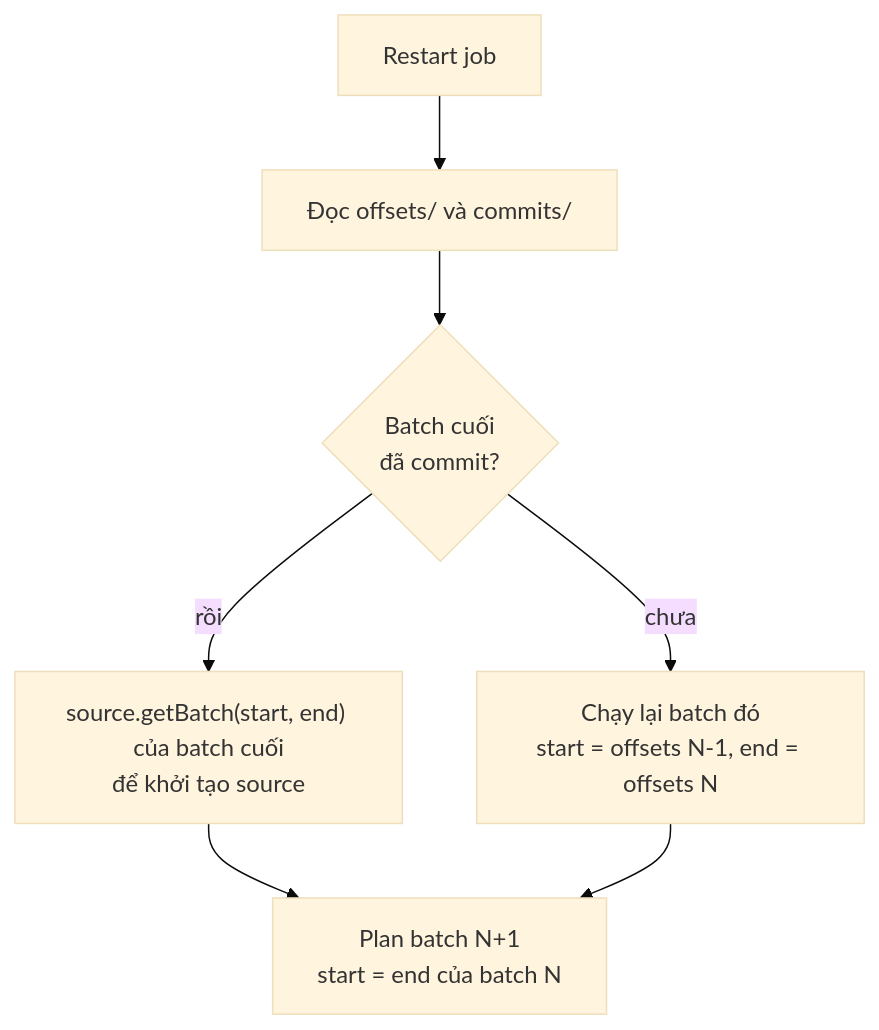
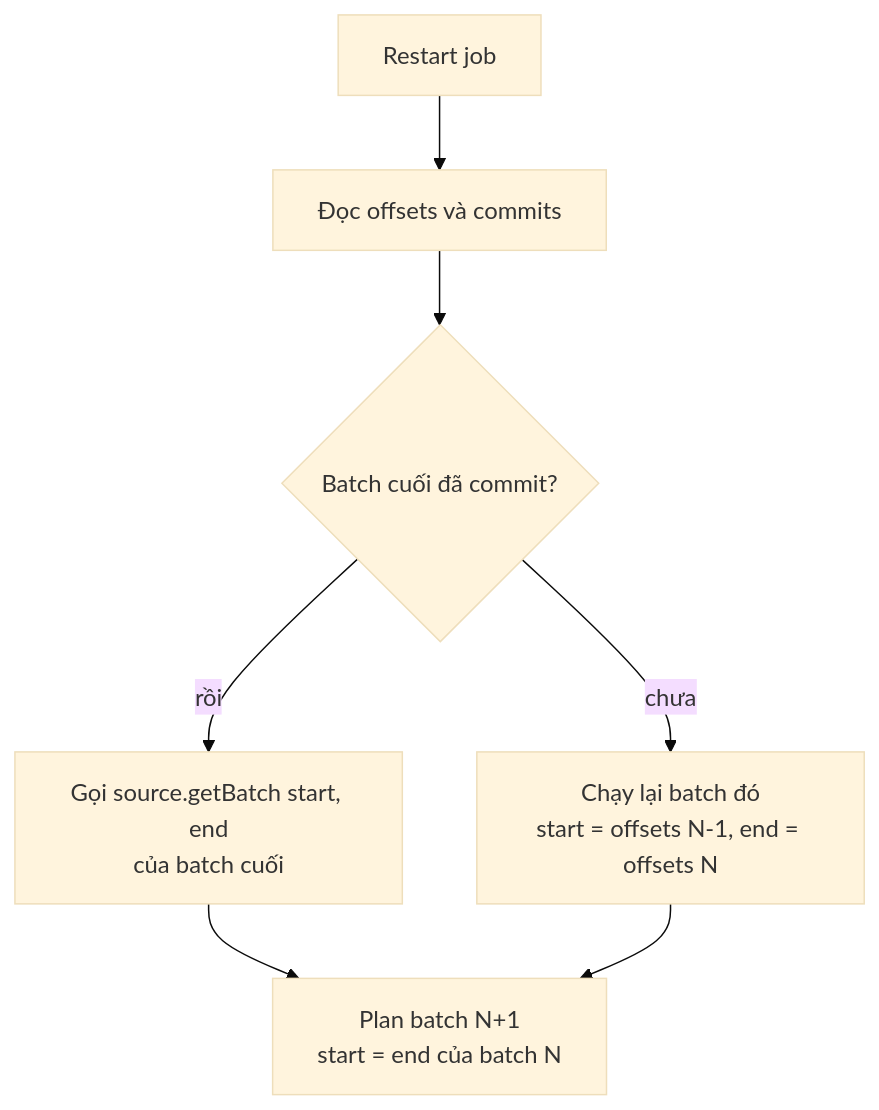
One commit to devdiary2203/devdiary2203.github.io changed the first of 3 diagrams in _posts/2026-11-23-delta-cdf-streaming-restart-fail-after-first-batch.markdown. Above: the diagram before and after it, drawn with Mermaid (base theme). The commit also changed other lines of this file and 3 other files, not shown here.

````diff
--- a/_posts/2026-11-23-delta-cdf-streaming-restart-fail-after-first-batch.markdown
+++ b/_posts/2026-11-23-delta-cdf-streaming-restart-fail-after-first-batch.markdown
@@ -80,9 +85,9 @@
 ```mermaid
 flowchart TD
-    R[Restart job] --> L[Đọc offsets/ và commits/]
-    L --> C{Batch cuối<br/>đã commit?}
-    C -- chưa --> RE[Chạy lại batch đó<br/>start = offsets N-1, end = offsets N]
-    C -- rồi --> G["source.getBatch(start, end) của batch cuối<br/>để khởi tạo source"]
-    G --> P[Plan batch N+1<br/>start = end của batch N]
+    R[Restart job] --> L[Đọc offsets và commits]
+    L --> C{Batch cuối đã commit?}
+    C -- chưa --> RE["Chạy lại batch đó<br/>start = offsets N-1, end = offsets N"]
+    C -- rồi --> G["Gọi source.getBatch start, end<br/>của batch cuối"]
+    G --> P["Plan batch N+1<br/>start = end của batch N"]
     RE --> P
 ```
````
